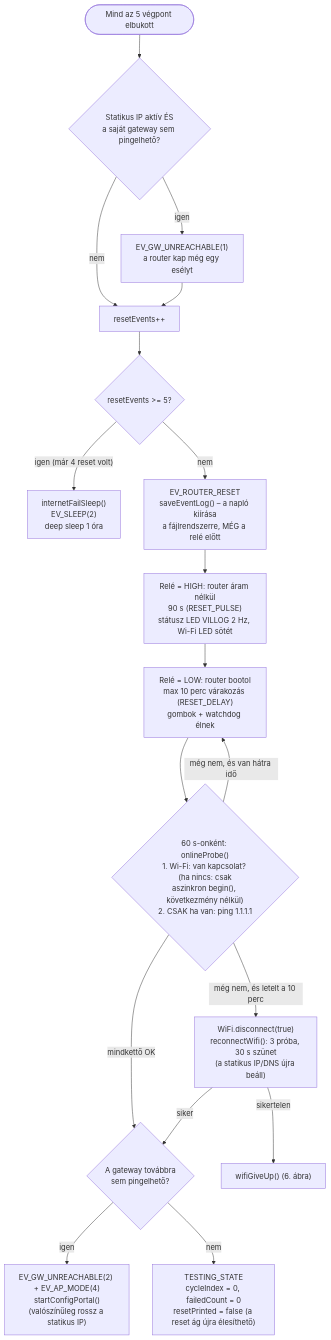
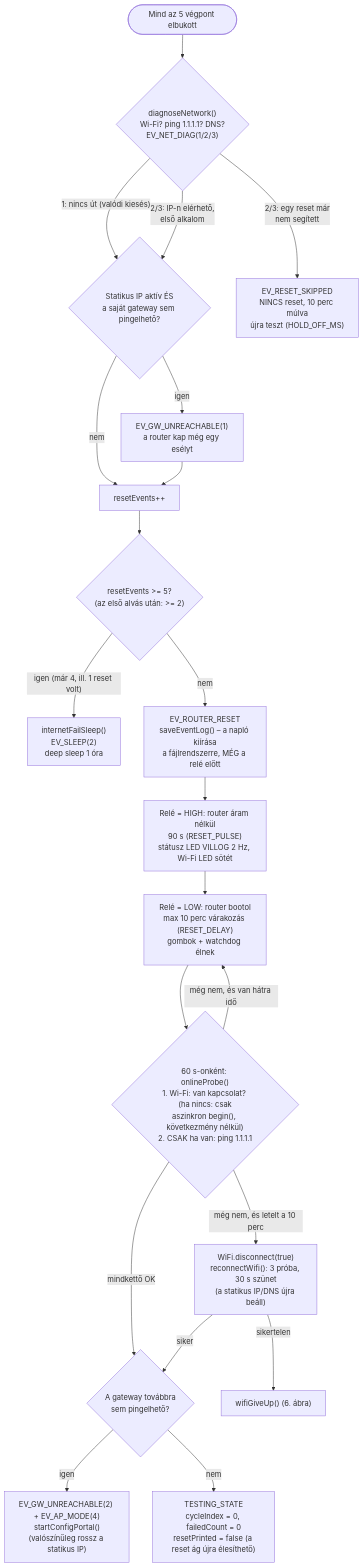
The fifth of 9 diagrams in FOLYAMATABRA.md (manszabi/bazsi-router-reboot), drawn with Mermaid before and after one commit. The commit also changed other lines of this file and 15 other files, not shown here.

````diff
--- a/FOLYAMATABRA.md
+++ b/FOLYAMATABRA.md
@@ -183,20 +183,24 @@
 ```mermaid
 flowchart TD
-    IN([Mind az 5 végpont elbukott]) --> GW1{"Statikus IP aktív ÉS<br>a saját gateway sem pingelhető?"}
+    IN([Mind az 5 végpont elbukott]) --> DG{"diagnoseNetwork()<br>Wi-Fi? ping 1.1.1.1? DNS?<br>EV_NET_DIAG(1/2/3)"}
+    DG -->|"1: nincs út (valódi kiesés)"| GW1
+    DG -->|"2/3: IP-n elérhető,<br>első alkalom"| GW1
+    DG -->|"2/3: egy reset már<br>nem segített"| SKIP["EV_RESET_SKIPPED<br>NINCS reset, 10 perc múlva<br>újra teszt (HOLD_OFF_MS)"]
+    GW1{"Statikus IP aktív ÉS<br>a saját gateway sem pingelhető?"}
     GW1 -->|igen| GWL["EV_GW_UNREACHABLE(1)<br>a router kap még egy esélyt"]
     GW1 -->|nem| CNT
     GWL --> CNT["resetEvents++"]
-    CNT --> MX{"resetEvents >= 5?"}
-    MX -->|"igen (már 4 reset volt)"| NFS["internetFailSleep()<br>EV_SLEEP(2)<br>deep sleep 1 óra"]
+    CNT --> MX{"resetEvents >= 5?<br>(az első alvás után: >= 2)"}
+    MX -->|"igen (már 4, ill. 1 reset volt)"| NFS["internetFailSleep()<br>EV_SLEEP(2)<br>deep sleep 1 óra"]
     MX -->|nem| LOGSV["EV_ROUTER_RESET<br>saveEventLog() – a napló kiírása<br>a fájlrendszerre, MÉG a relé előtt"]
     LOGSV --> P1["Relé = HIGH: router áram nélkül<br>90 s (RESET_PULSE)<br>státusz LED VILLOG 2 Hz, Wi-Fi LED sötét"]
     P1 --> P2["Relé = LOW: router bootol<br>max 10 perc várakozás (RESET_DELAY)<br>gombok + watchdog élnek"]
     P2 --> PRB{"60 s-onként: onlineProbe()<br>1. Wi-Fi: van kapcsolat? (ha nincs: csak<br>aszinkron begin(), következmény nélkül)<br>2. CSAK ha van: ping 1.1.1.1"}
     PRB -->|"mindkettő OK"| GW2
     PRB -->|"még nem, és letelt a 10 perc"| P3["WiFi.disconnect(true)<br>reconnectWifi(): 3 próba, 30 s szünet<br>(a statikus IP/DNS újra beáll)"]
     PRB -->|"még nem, és van hátra idő"| P2
     P3 -->|sikertelen| GU["wifiGiveUp() (6. ábra)"]
     P3 -->|siker| GW2{"A gateway továbbra<br>sem pingelhető?"}
     GW2 -->|igen| APX["EV_GW_UNREACHABLE(2) + EV_AP_MODE(4)<br>startConfigPortal()<br>(valószínűleg rossz a statikus IP)"]
     GW2 -->|nem| OK["TESTING_STATE<br>cycleIndex = 0, failedCount = 0<br>resetPrinted = false (a reset ág újra élesíthető)"]
 ```
````
